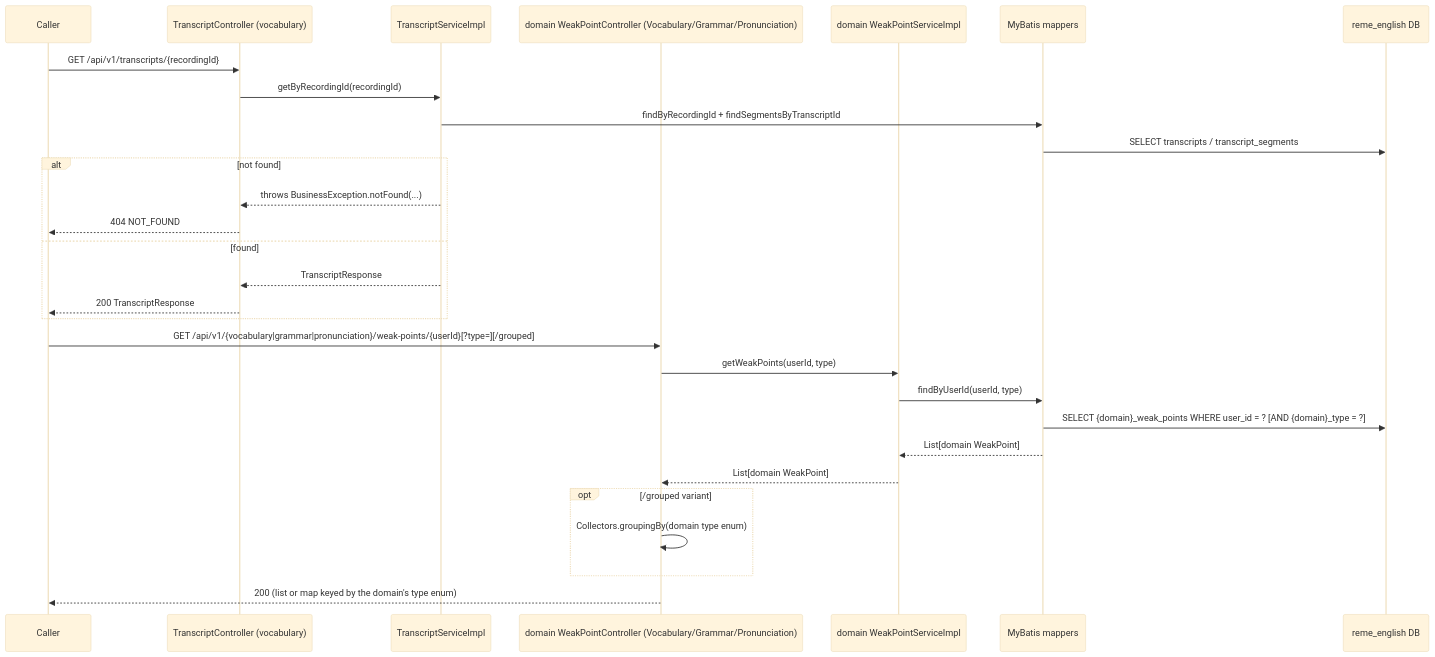
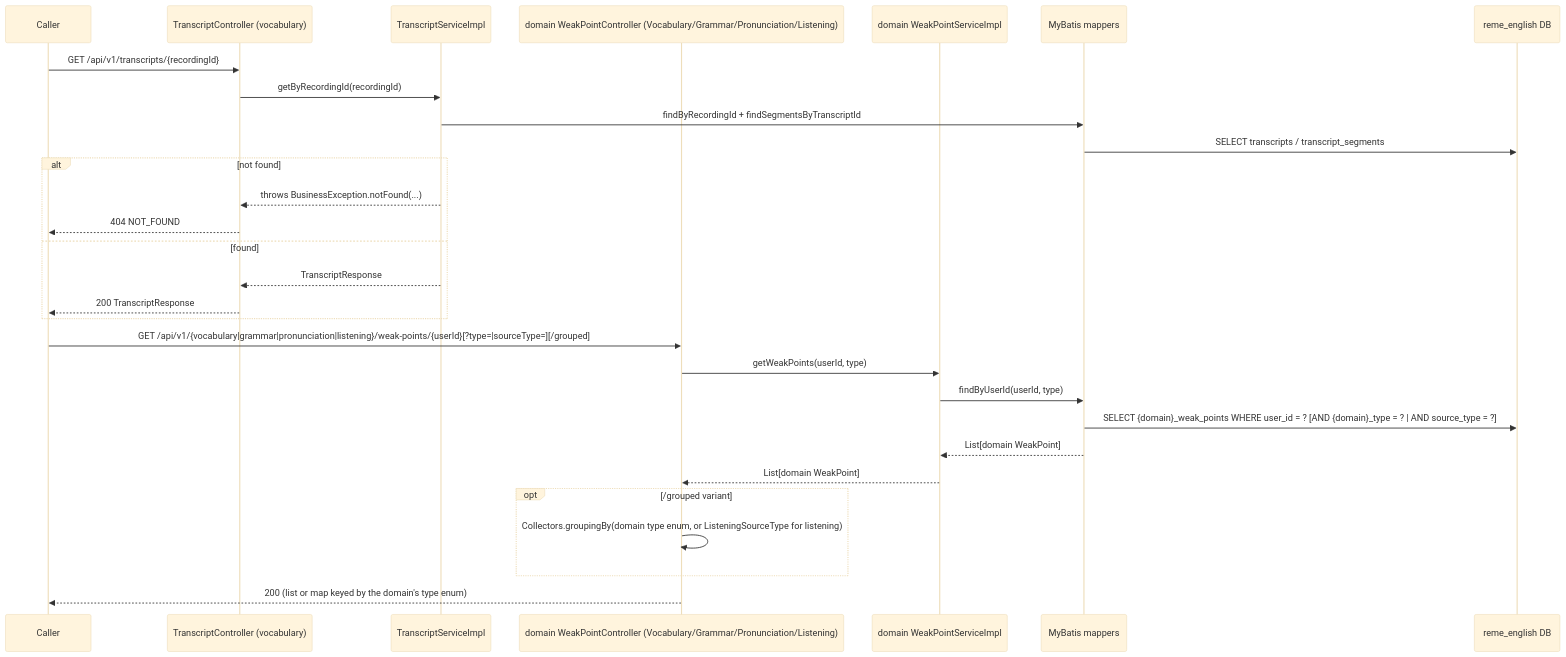
One commit to CuongNguyen13/RemeLearning changed the second of 5 diagrams in docs/sequence/English_service/overview.md. Above: the diagram before and after it, drawn with Mermaid. The commit also changed other lines of this file and 12 other files, not shown here.

````diff
--- a/docs/sequence/English_service/overview.md
+++ b/docs/sequence/English_service/overview.md
@@ -129,39 +153,39 @@
 ```mermaid
 ---
 config:
   theme: base
   themeVariables:
     background: '#ffffff'
 ---
 sequenceDiagram
     participant Caller
     participant TCtrl as TranscriptController (vocabulary)
     participant TSvc as TranscriptServiceImpl
-    participant WCtrl as domain WeakPointController (Vocabulary/Grammar/Pronunciation)
+    participant WCtrl as domain WeakPointController (Vocabulary/Grammar/Pronunciation/Listening)
     participant WSvc as domain WeakPointServiceImpl
     participant Mapper as MyBatis mappers
     participant DB as reme_english DB
 
     Caller->>TCtrl: GET /api/v1/transcripts/{recordingId}
     TCtrl->>TSvc: getByRecordingId(recordingId)
     TSvc->>Mapper: findByRecordingId + findSegmentsByTranscriptId
     Mapper->>DB: SELECT transcripts / transcript_segments
     alt not found
         TSvc-->>TCtrl: throws BusinessException.notFound(...)
         TCtrl-->>Caller: 404 NOT_FOUND
     else found
         TSvc-->>TCtrl: TranscriptResponse
         TCtrl-->>Caller: 200 TranscriptResponse
     end
 
-    Caller->>WCtrl: GET /api/v1/{vocabulary|grammar|pronunciation}/weak-points/{userId}[?type=][/grouped]
+    Caller->>WCtrl: GET /api/v1/{vocabulary|grammar|pronunciation|listening}/weak-points/{userId}[?type=|sourceType=][/grouped]
     WCtrl->>WSvc: getWeakPoints(userId, type)
     WSvc->>Mapper: findByUserId(userId, type)
-    Mapper->>DB: SELECT {domain}_weak_points WHERE user_id = ? [AND {domain}_type = ?]
+    Mapper->>DB: SELECT {domain}_weak_points WHERE user_id = ? [AND {domain}_type = ? | AND source_type = ?]
     Mapper-->>WSvc: List[domain WeakPoint]
     WSvc-->>WCtrl: List[domain WeakPoint]
     opt /grouped variant
-        WCtrl->>WCtrl: Collectors.groupingBy(domain type enum)
+        WCtrl->>WCtrl: Collectors.groupingBy(domain type enum, or ListeningSourceType for listening)
     end
     WCtrl-->>Caller: 200 (list or map keyed by the domain's type enum)
 ```
````
